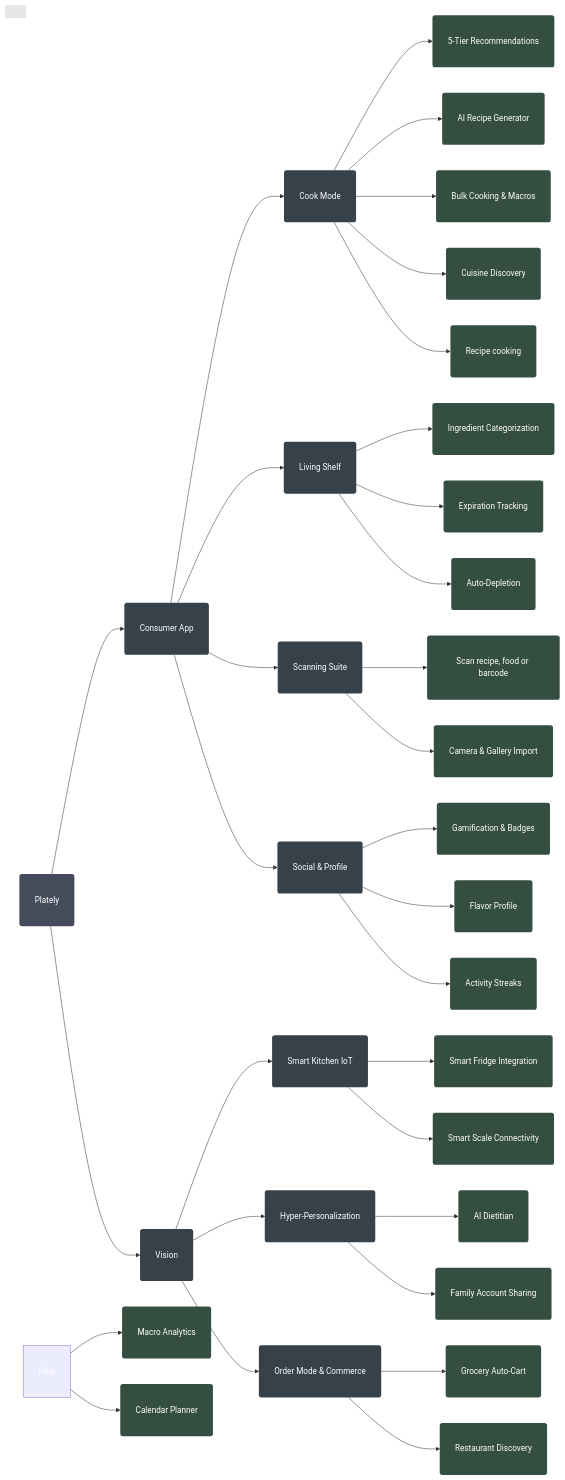
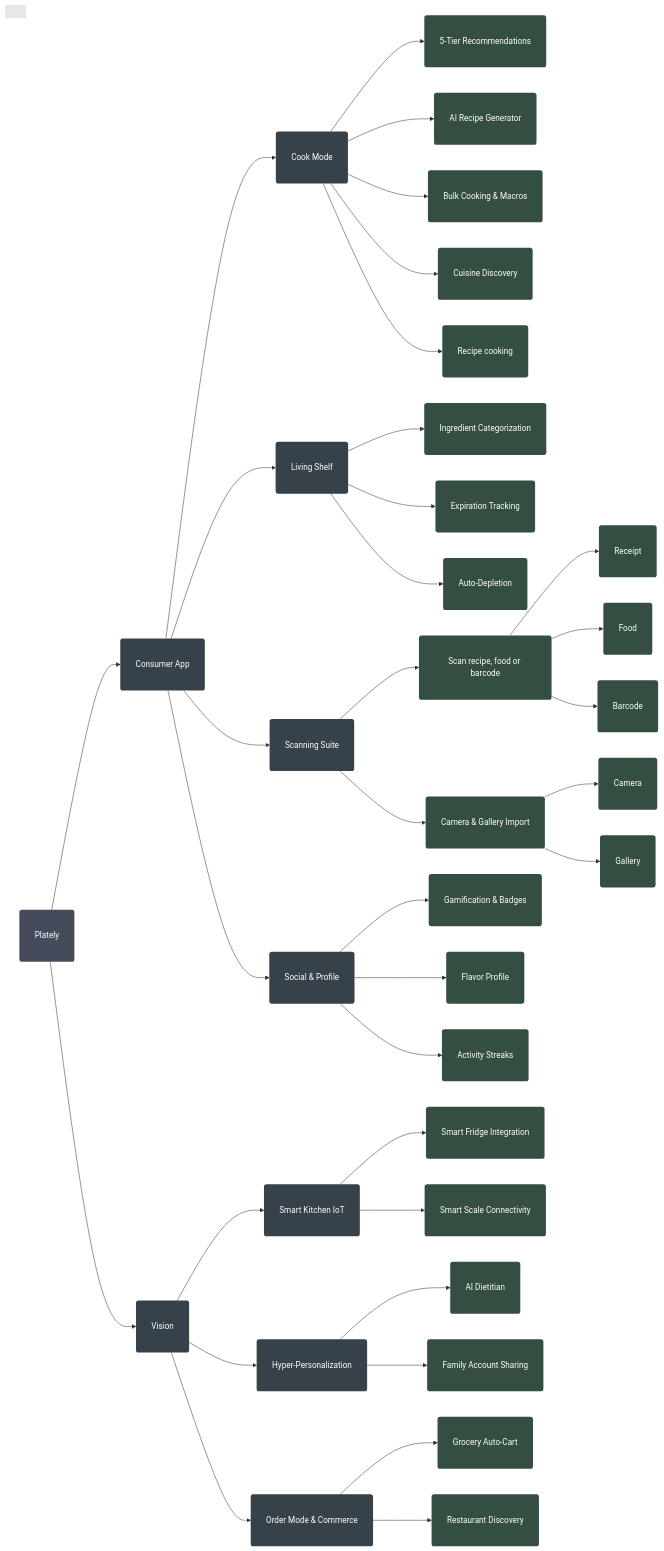
One commit to shukurillo0526/Plately changed the diagram in docs/ECOSYSTEM.md. Above: the diagram before and after it, drawn with Mermaid.

Commit message:
docs: finalize Level 4 Scanning Suite scaffolding and remove orphaned Prep nodes

````diff
--- a/docs/ECOSYSTEM.md
+++ b/docs/ECOSYSTEM.md
@@ -41,74 +41,70 @@
 ```mermaid
 flowchart LR
     %% Styling to match the dark aesthetic
     classDef root fill:#444b5a,color:#fff,stroke:none,rx:5,ry:5,padding:20px;
     classDef level1 fill:#374149,color:#fff,stroke:none,rx:5,ry:5;
     classDef level2 fill:#374149,color:#fff,stroke:none,rx:5,ry:5;
     classDef level3 fill:#344e41,color:#fff,stroke:none,rx:5,ry:5;
 
     Root["Plately"]:::root
 
     %% Level 1
     Root --> App["Consumer App"]:::level1
     Root --> Vision["Vision"]:::level1
 
     %% Level 2 - App Modules
     App --> Cook["Cook Mode"]:::level2
     App --> Shelf["Living Shelf"]:::level2
     App --> Scan["Scanning Suite"]:::level2
     App --> Social["Social & Profile"]:::level2
 
     %% Level 3 - Cook
     Cook --> Rec["5-Tier Recommendations"]:::level3
     Cook --> Gen["AI Recipe Generator"]:::level3
     Cook --> Bulk["Bulk Cooking & Macros"]:::level3
     Cook --> Cuis["Cuisine Discovery"]:::level3
     Cook --> Rcook["Recipe cooking"]:::level3
 
     %% Level 3 - Shelf
     Shelf --> Cat["Ingredient Categorization"]:::level3
     Shelf --> Exp["Expiration Tracking"]:::level3
     Shelf --> Dep["Auto-Depletion"]:::level3
 
     %% Level 3 - Scan
     Scan --> SFood["Scan recipe, food or barcode"]:::level3
     Scan --> SCal["Camera & Gallery Import"]:::level3
 
-    %% Level 3 - Prep
-    Prep --> Mac["Macro Analytics"]:::level3
-    Prep --> Cal["Calendar Planner"]:::level3
 
     %% Level 3 - Social
     Social --> Gam["Gamification & Badges"]:::level3
     Social --> Fla["Flavor Profile"]:::level3
     Social --> Str["Activity Streaks"]:::level3
 
     %% Level 2 - Vision
     Vision --> IoT["Smart Kitchen IoT"]:::level2
     Vision --> Hyper["Hyper-Personalization"]:::level2
     Vision --> Order["Order Mode & Commerce"]:::level2
 
     %% Level 3 - Vision -> IoT
     IoT --> Fridge["Smart Fridge Integration"]:::level3
     IoT --> Scale["Smart Scale Connectivity"]:::level3
 
     %% Level 3 - Vision -> Hyper
     Hyper --> Diet["AI Dietitian"]:::level3
     Hyper --> Fam["Family Account Sharing"]:::level3
 
     %% Level 3 - Vision -> Order
     Order --> Cart["Grocery Auto-Cart"]:::level3
     Order --> Res["Restaurant Discovery"]:::level3
 
-    %% Level 4 - SFood -> Receipt
-    
-    %% Level 4 - SFood -> Food
+    %% Level 4 - SFood
+    SFood --> Receipt["Receipt"]:::level3
+    SFood --> Food["Food"]:::level3
+    SFood --> Barcode["Barcode"]:::level3
 
-    %% Level 4 - SFood -> Barcode
-
-    %% Level 4 - SCal -> Camera
-
-    %% Level 4 - SCal -> Gellery
+    %% Level 4 - SCal
+    SCal --> Camera["Camera"]:::level3
+    SCal --> Gallery["Gallery"]:::level3
     
     
 ```
````
